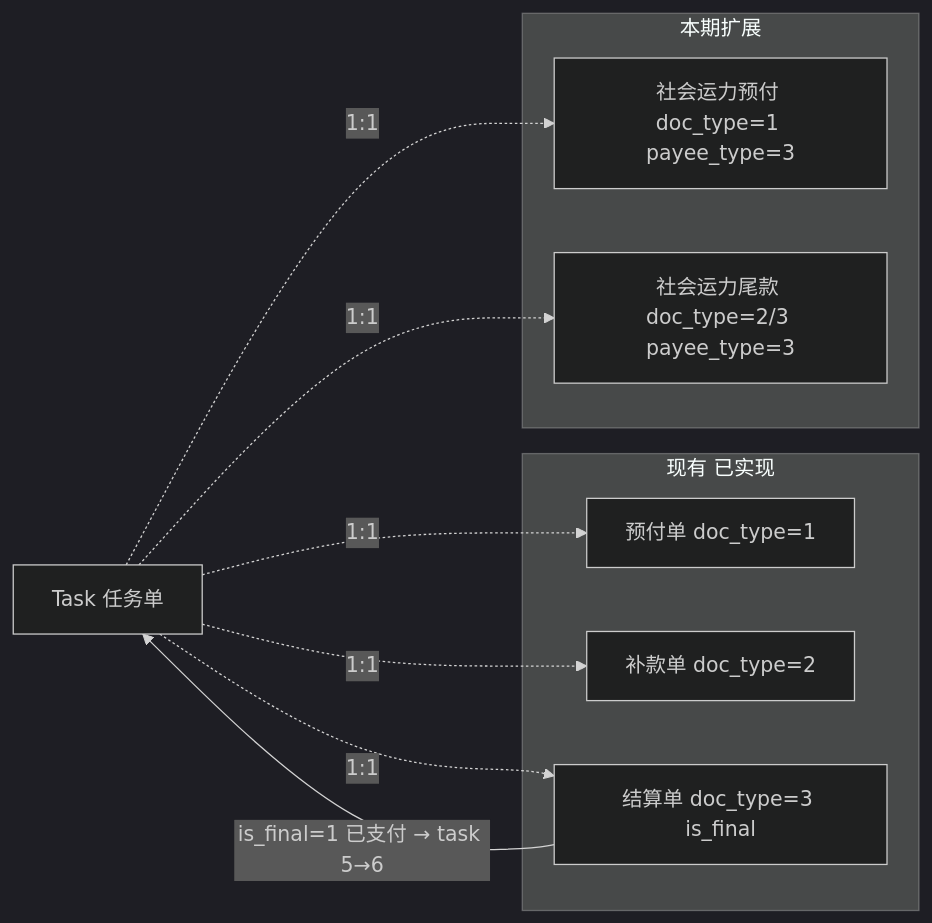
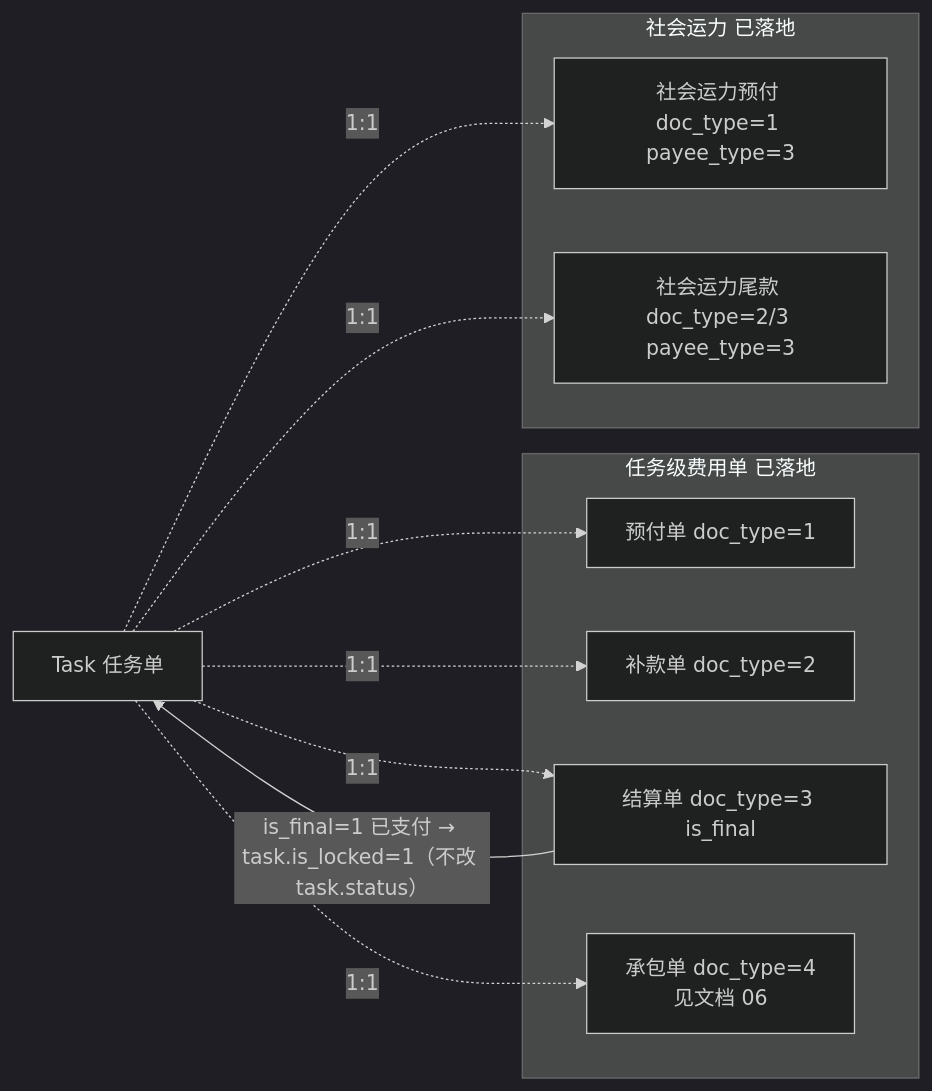
One commit to lei-happy/duoling changed the diagram in 项目文档/02.需求文档/02.企业端/07.财务结算模块/05.任务级费用单演进与社会运力预付尾款.md. Above: the diagram before and after it, drawn with Mermaid (dark theme). The commit also changed other lines of this file and 5 other files, not shown here.

````diff
--- a/项目文档/02.需求文档/02.企业端/07.财务结算模块/05.任务级费用单演进与社会运力预付尾款.md
+++ b/项目文档/02.需求文档/02.企业端/07.财务结算模块/05.任务级费用单演进与社会运力预付尾款.md
@@ -30,16 +35,17 @@
 ```mermaid
 flowchart LR
     Task["Task 任务单"]
-    subgraph existing [现有 已实现]
+    subgraph existing [任务级费用单 已落地]
         Prepay["预付单 doc_type=1"]
         Supp["补款单 doc_type=2"]
         Settle["结算单 doc_type=3 is_final"]
+        Contract["承包单 doc_type=4<br/>见文档 06"]
     end
-    subgraph new [本期扩展]
+    subgraph new [社会运力 已落地]
         SocPre["社会运力预付 doc_type=1 payee_type=3"]
         SocFinal["社会运力尾款 doc_type=2/3 payee_type=3"]
     end
-    Task -.1:1.-> Prepay & Supp & Settle
+    Task -.1:1.-> Prepay & Supp & Settle & Contract
     Task -.1:1.-> SocPre & SocFinal
-    Settle -- "is_final=1 已支付 → task 5→6" --> Task
+    Settle -- "is_final=1 已支付 → task.is_locked=1（不改 task.status）" --> Task
 ```
````
